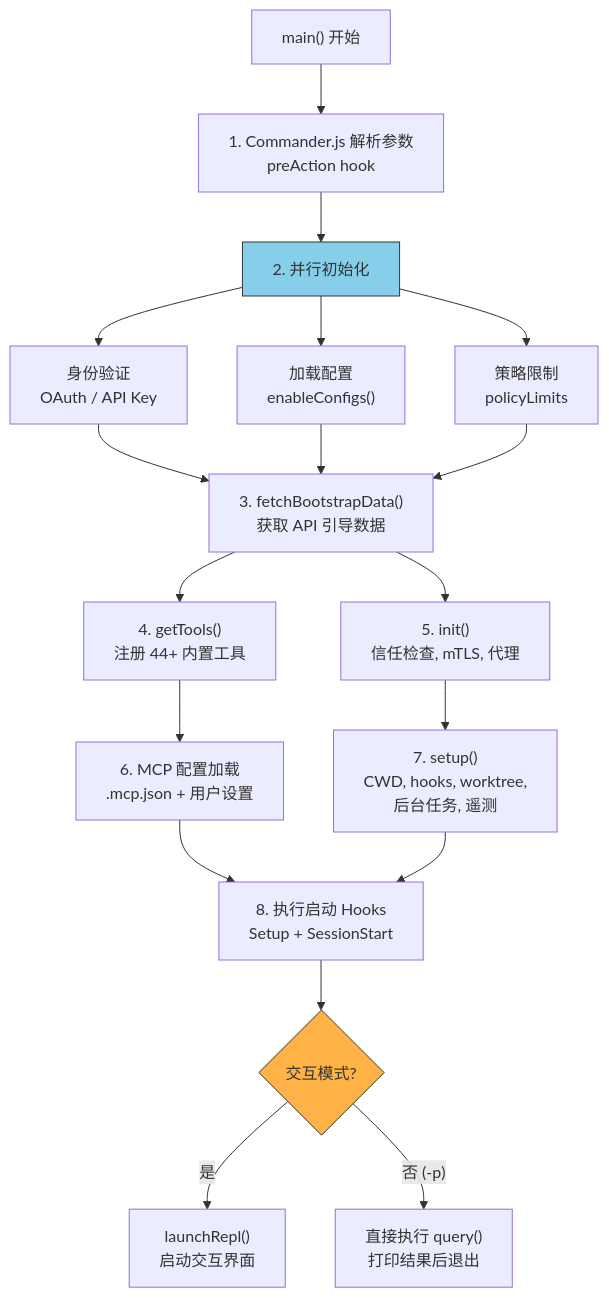
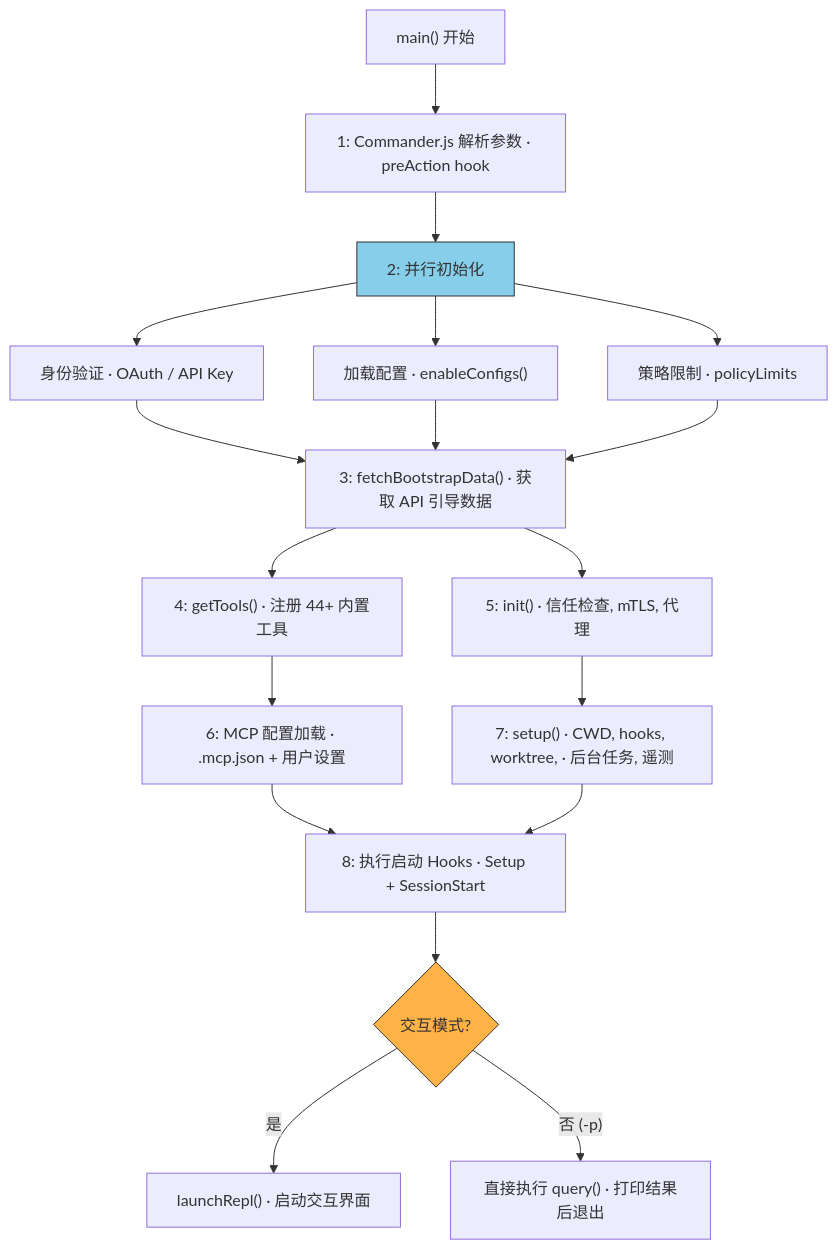
Before and after one commit to turf0909/sleep-code: the sixth of 30 diagrams in CLAUDE_CODE_BOOK.md, drawn with Mermaid. The commit also changed other lines of this file, not shown here.

First line of the commit message:
docs: major expansion and fact-check of Claude Code architecture book

````diff
--- a/CLAUDE_CODE_BOOK.md
+++ b/CLAUDE_CODE_BOOK.md
@@ -626,29 +623,29 @@
 ```mermaid
 flowchart TD
-    START["main() 开始"] --> PARSE["1. Commander.js 解析参数<br/>preAction hook"]
-    PARSE --> PARALLEL["2. 并行初始化"]
+    START["main() 开始"] --> PARSE["1: Commander.js 解析参数 · preAction hook"]
+    PARSE --> PARALLEL["2: 并行初始化"]
     
-    PARALLEL --> AUTH["身份验证<br/>OAuth / API Key"]
-    PARALLEL --> CONFIG["加载配置<br/>enableConfigs()"]
-    PARALLEL --> POLICY["策略限制<br/>policyLimits"]
+    PARALLEL --> AUTH["身份验证 · OAuth / API Key"]
+    PARALLEL --> CONFIG["加载配置 · enableConfigs()"]
+    PARALLEL --> POLICY["策略限制 · policyLimits"]
     
-    AUTH --> BOOT["3. fetchBootstrapData()<br/>获取 API 引导数据"]
+    AUTH --> BOOT["3: fetchBootstrapData() · 获取 API 引导数据"]
     CONFIG --> BOOT
     POLICY --> BOOT
     
-    BOOT --> TOOLS["4. getTools()<br/>注册 44+ 内置工具"]
-    BOOT --> INIT["5. init()<br/>信任检查, mTLS, 代理"]
+    BOOT --> TOOLS["4: getTools() · 注册 44+ 内置工具"]
+    BOOT --> INIT["5: init() · 信任检查, mTLS, 代理"]
     
-    TOOLS --> MCP["6. MCP 配置加载<br/>.mcp.json + 用户设置"]
-    INIT --> SETUP["7. setup()<br/>CWD, hooks, worktree,<br/>后台任务, 遥测"]
+    TOOLS --> MCP["6: MCP 配置加载 · .mcp.json + 用户设置"]
+    INIT --> SETUP["7: setup() · CWD, hooks, worktree, · 后台任务, 遥测"]
     
-    MCP --> HOOKS["8. 执行启动 Hooks<br/>Setup + SessionStart"]
+    MCP --> HOOKS["8: 执行启动 Hooks · Setup + SessionStart"]
     SETUP --> HOOKS
     
     HOOKS --> ROUTE{"交互模式?"}
-    ROUTE -->|"是"| REPL["launchRepl()<br/>启动交互界面"]
-    ROUTE -->|"否 (-p)"| PRINT["直接执行 query()<br/>打印结果后退出"]
+    ROUTE -->|"是"| REPL["launchRepl() · 启动交互界面"]
+    ROUTE -->|"否 (-p)"| PRINT["直接执行 query() · 打印结果后退出"]
 
     style PARALLEL fill:#87CEEB,stroke:#333,color:#333
     style ROUTE fill:#FFB347,stroke:#333,color:#333
 ```
````
